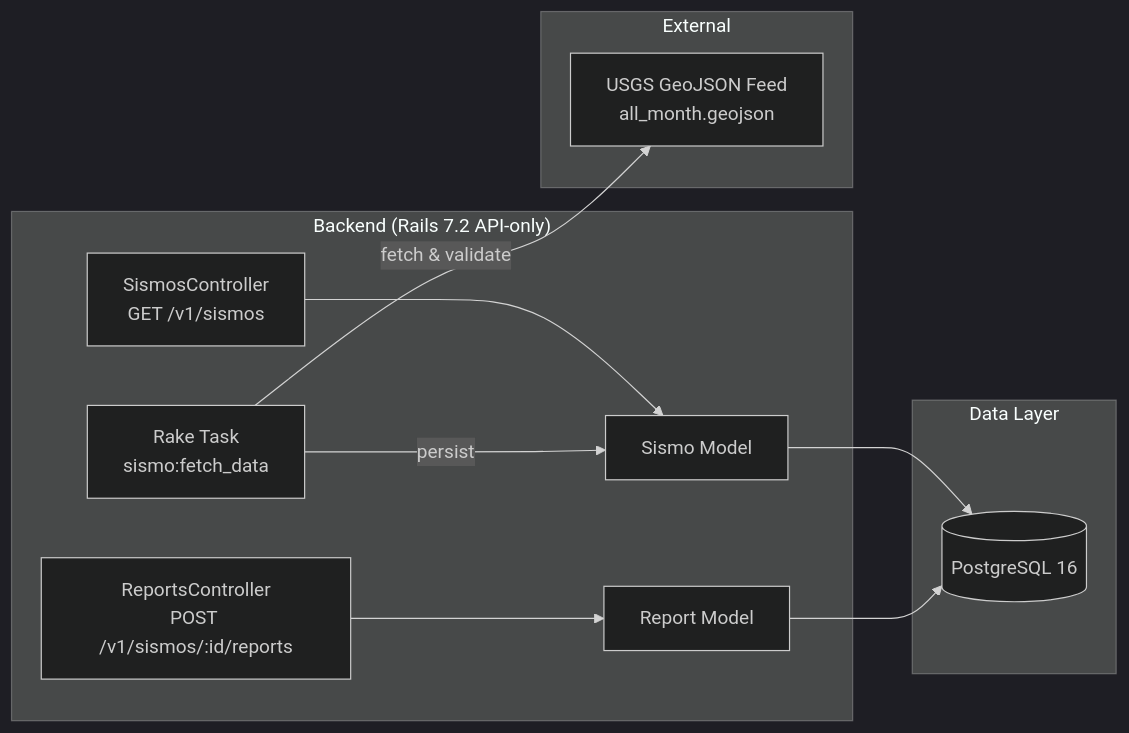
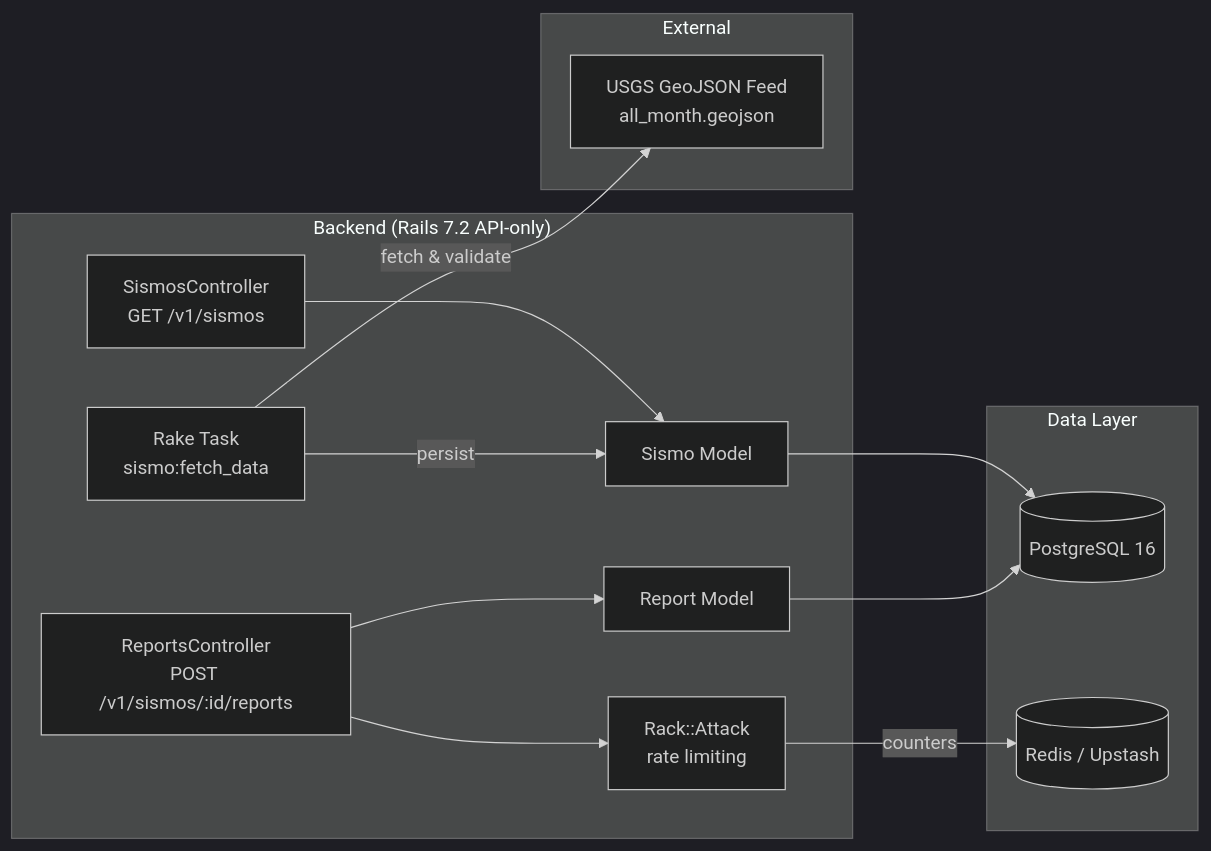
The diagram in README.md (Euler-B/retoTecnicoFrogmi), drawn with Mermaid (dark theme) before and after one commit. The commit also changed other lines of this file, not shown here.

````diff
--- a/README.md
+++ b/README.md
@@ -11,25 +11,29 @@
 ```mermaid
 flowchart LR
     subgraph Backend["Backend (Rails 7.2 API-only)"]
         RC[SismosController<br/>GET /v1/sismos]
         ReportsController[ReportsController<br/>POST /v1/sismos/:id/reports]
         SM[Sismo Model]
         RM[Report Model]
         RT[Rake Task<br/>sismo:fetch_data]
+        RA[Rack::Attack<br/>rate limiting]
     end
 
     subgraph Data["Data Layer"]
         PG[(PostgreSQL 16)]
+        Redis[(Redis / Upstash)]
     end
 
     subgraph External["External"]
         USGS[USGS GeoJSON Feed<br/>all_month.geojson]
     end
 
     RC --> SM
     ReportsController --> RM
+    ReportsController --> RA
+    RA -->|counters| Redis
     SM --> PG
     RM --> PG
     RT -->|fetch & validate| USGS
     RT -->|persist| SM
 ```
````
